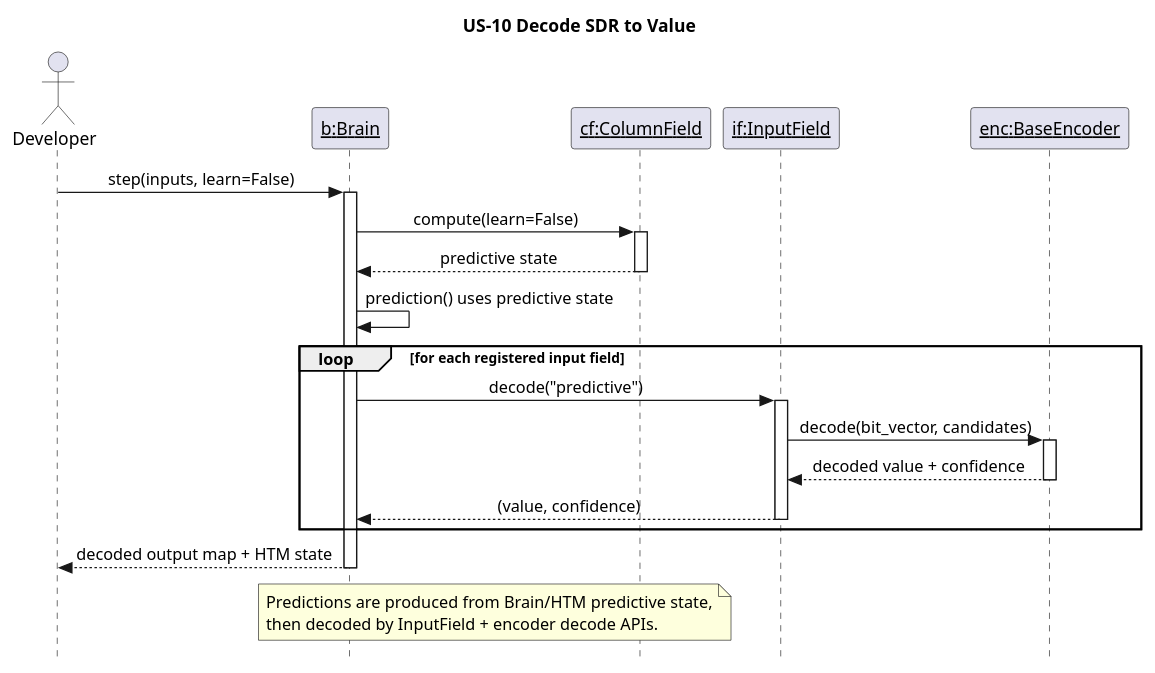
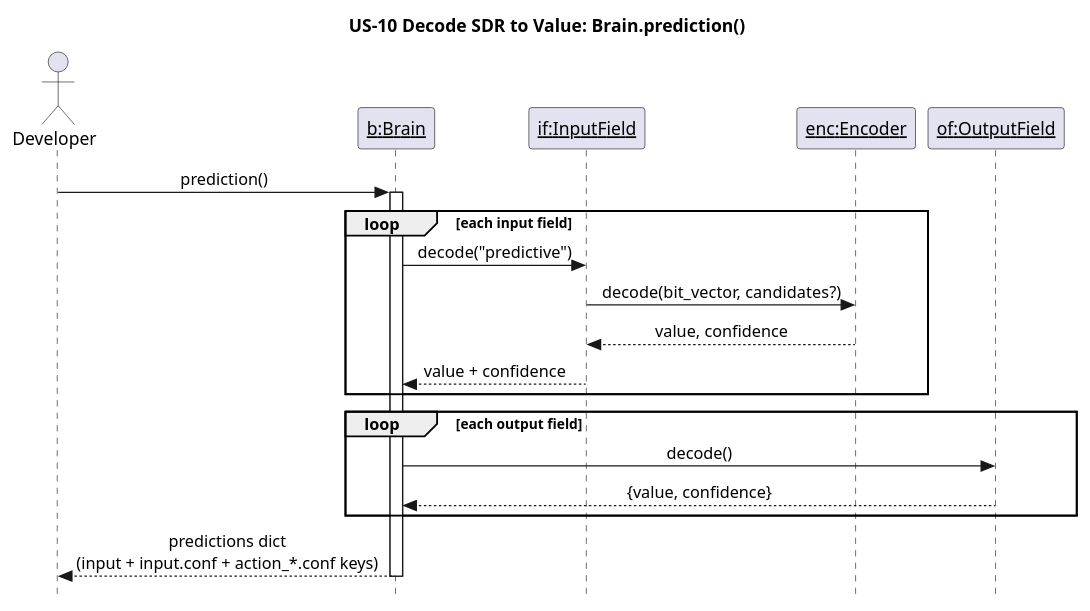
Before and after one commit to egrembocki/htmrl: the diagram in docs/puml/US/US-10.puml, drawn with PlantUML. The commit also changed 10 other files, not shown here.

Commit message:
Update US sequence diagrams to match current runtime code paths

```diff
--- a/docs/puml/US/US-10.puml
+++ b/docs/puml/US/US-10.puml
@@ -1,39 +1,31 @@
 @startuml
 skinparam style strictuml
 skinparam sequenceMessageAlign center
 skinparam responseMessageBelowArrow true
 
-title US-10 Decode SDR to Value
+title US-10 Decode SDR to Value: Brain.prediction()
+
 actor Developer as Dev
 participant "<u>b:Brain</u>" as BR
-participant "<u>cf:ColumnField</u>" as HTM
 participant "<u>if:InputField</u>" as IF
-participant "<u>enc:BaseEncoder</u>" as ENC
+participant "<u>enc:Encoder</u>" as ENC
+participant "<u>of:OutputField</u>" as OF
 
-Dev -> BR: step(inputs, learn=False)
+Dev -> BR: prediction()
 activate BR
-BR -> HTM: compute(learn=False)
-activate HTM
-HTM --> BR: predictive state
-deactivate HTM
 
-BR -> BR: prediction() uses predictive state
-loop for each registered input field
+loop each input field
   BR -> IF: decode("predictive")
-  activate IF
-  IF -> ENC: decode(bit_vector, candidates)
-  activate ENC
-  ENC --> IF: decoded value + confidence
-  deactivate ENC
-  IF --> BR: (value, confidence)
-  deactivate IF
+  IF -> ENC: decode(bit_vector, candidates?)
+  ENC --> IF: value, confidence
+  IF --> BR: value + confidence
 end
 
-BR --> Dev: decoded output map + HTM state
+loop each output field
+  BR -> OF: decode()
+  OF --> BR: {value, confidence}
+end
+
+BR --> Dev: predictions dict\n(input + input.conf + action_*.conf keys)
 deactivate BR
-
-note over BR,HTM
-Predictions are produced from Brain/HTM predictive state,
-then decoded by InputField + encoder decode APIs.
-end note
 @enduml
```
